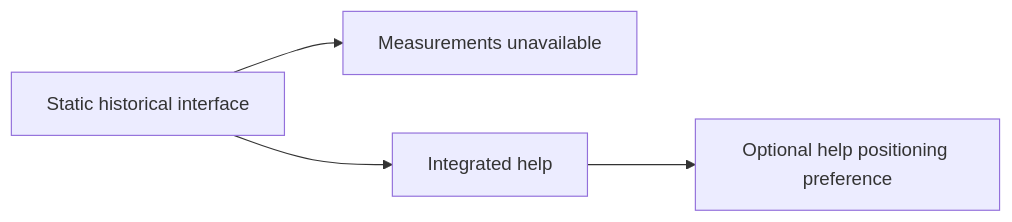
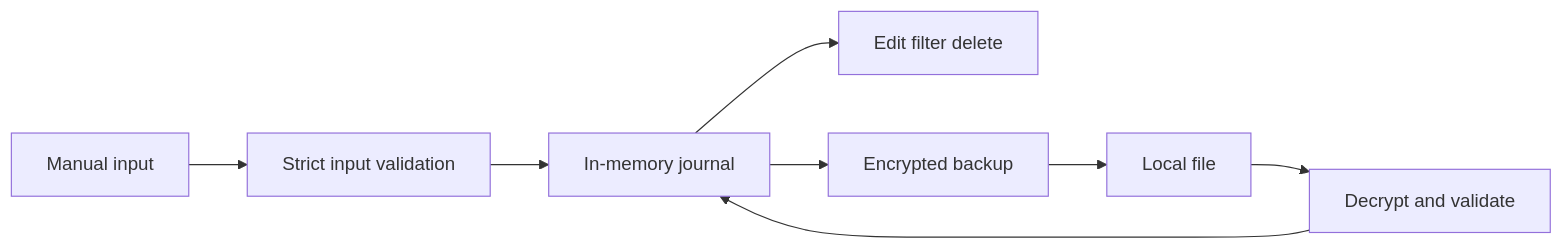
The diagram in README.md (Nikoju1977/compagnon-diabete), drawn with Mermaid before and after one commit. The commit also changed other lines of this file, not shown here.

Commit message:
docs: describe functional journal and distinguish validation from runtime tests

````diff
--- a/README.md
+++ b/README.md
@@ -11,6 +15,10 @@
 ```mermaid
 flowchart LR
-  Page[Static historical interface] --> Status[Measurements unavailable]
-  Page --> Help[Integrated help]
-  Help --> Local[Optional help positioning preference]
+  Form[Manual input] --> Validate[Strict input validation]
+  Validate --> Memory[In-memory journal]
+  Memory --> History[Edit filter delete]
+  Memory --> Encrypt[Encrypted backup]
+  Encrypt --> File[Local file]
+  File --> Restore[Decrypt and validate]
+  Restore --> Memory
 ```
````
